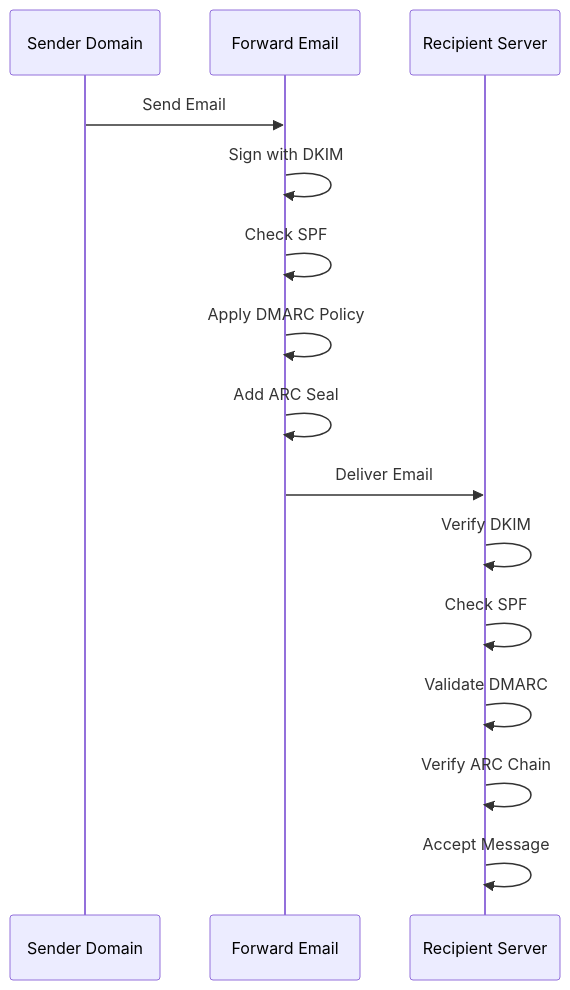
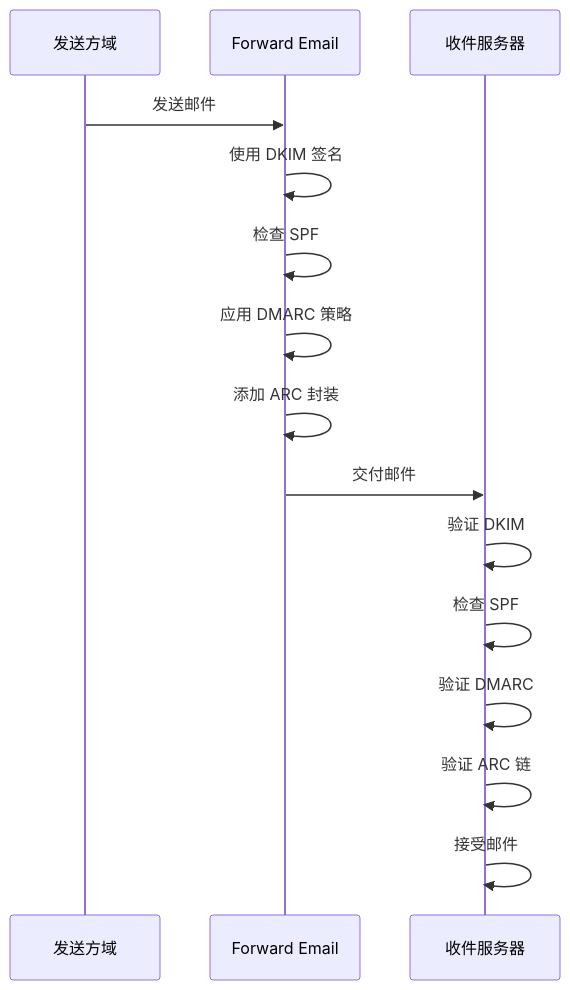
Before and after one commit to forwardemail/forwardemail.net: the fifth of 16 diagrams in app/views/docs/email-protocols-rfc-compliance-imap-smtp-pop3-comparison/index-zh.md, drawn with Mermaid. The commit also changed other lines of this file and 1055 other files, not shown here.

````diff
--- a/app/views/docs/email-protocols-rfc-compliance-imap-smtp-pop3-comparison/index-zh.md
+++ b/app/views/docs/email-protocols-rfc-compliance-imap-smtp-pop3-comparison/index-zh.md
@@ -670,18 +667,18 @@
 ```mermaid
 sequenceDiagram
-    participant Sender as Sender Domain
+    participant Sender as 发送方域
     participant FE as Forward Email
-    participant Recipient as Recipient Server
+    participant Recipient as 收件服务器
 
-    Sender->>FE: Send Email
-    FE->>FE: Sign with DKIM
-    FE->>FE: Check SPF
-    FE->>FE: Apply DMARC Policy
-    FE->>FE: Add ARC Seal
-    FE->>Recipient: Deliver Email
-    Recipient->>Recipient: Verify DKIM
-    Recipient->>Recipient: Check SPF
-    Recipient->>Recipient: Validate DMARC
-    Recipient->>Recipient: Verify ARC Chain
-    Recipient->>Recipient: Accept Message
+    Sender->>FE: 发送邮件
+    FE->>FE: 使用 DKIM 签名
+    FE->>FE: 检查 SPF
+    FE->>FE: 应用 DMARC 策略
+    FE->>FE: 添加 ARC 封装
+    FE->>Recipient: 交付邮件
+    Recipient->>Recipient: 验证 DKIM
+    Recipient->>Recipient: 检查 SPF
+    Recipient->>Recipient: 验证 DMARC
+    Recipient->>Recipient: 验证 ARC 链
+    Recipient->>Recipient: 接受邮件
 ```
````
